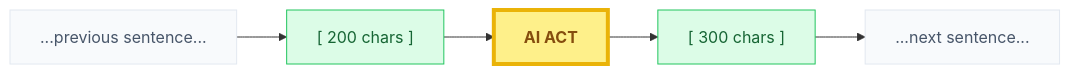
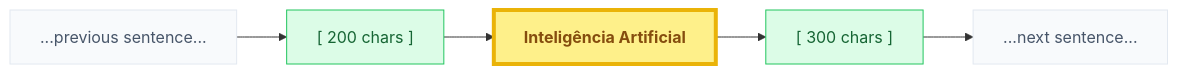
Before and after one commit to HugoAlmeidaMoreira/ainews-clustering: the second of 4 diagrams in dev/ADR/adr-010-end-to-end-semantic-atlas-pipeline.md, drawn with Mermaid. The commit also changed other lines of this file and 7 other files, not shown here.

````diff
--- a/dev/ADR/adr-010-end-to-end-semantic-atlas-pipeline.md
+++ b/dev/ADR/adr-010-end-to-end-semantic-atlas-pipeline.md
@@ -151,19 +108,19 @@
 ```mermaid
 graph LR
     classDef text fill:#f8fafc,stroke:#e2e8f0,color:#475569
     classDef match fill:#fef08a,stroke:#eab308,color:#854d0e
     classDef win fill:#dcfce7,stroke:#22c55e,color:#166534
 
     P1["...previous sentence..."]:::text
     W1["[ 200 chars ]"]:::win
-    M["<b>AI ACT</b>"]:::match
+    M["<b>Inteligência Artificial</b>"]:::match
     W2["[ 300 chars ]"]:::win
     P2["...next sentence..."]:::text
 
     P1 --> W1
     W1 --> M
     M --> W2
     W2 --> P2
     
     style M stroke-width:4px
 ```
````
